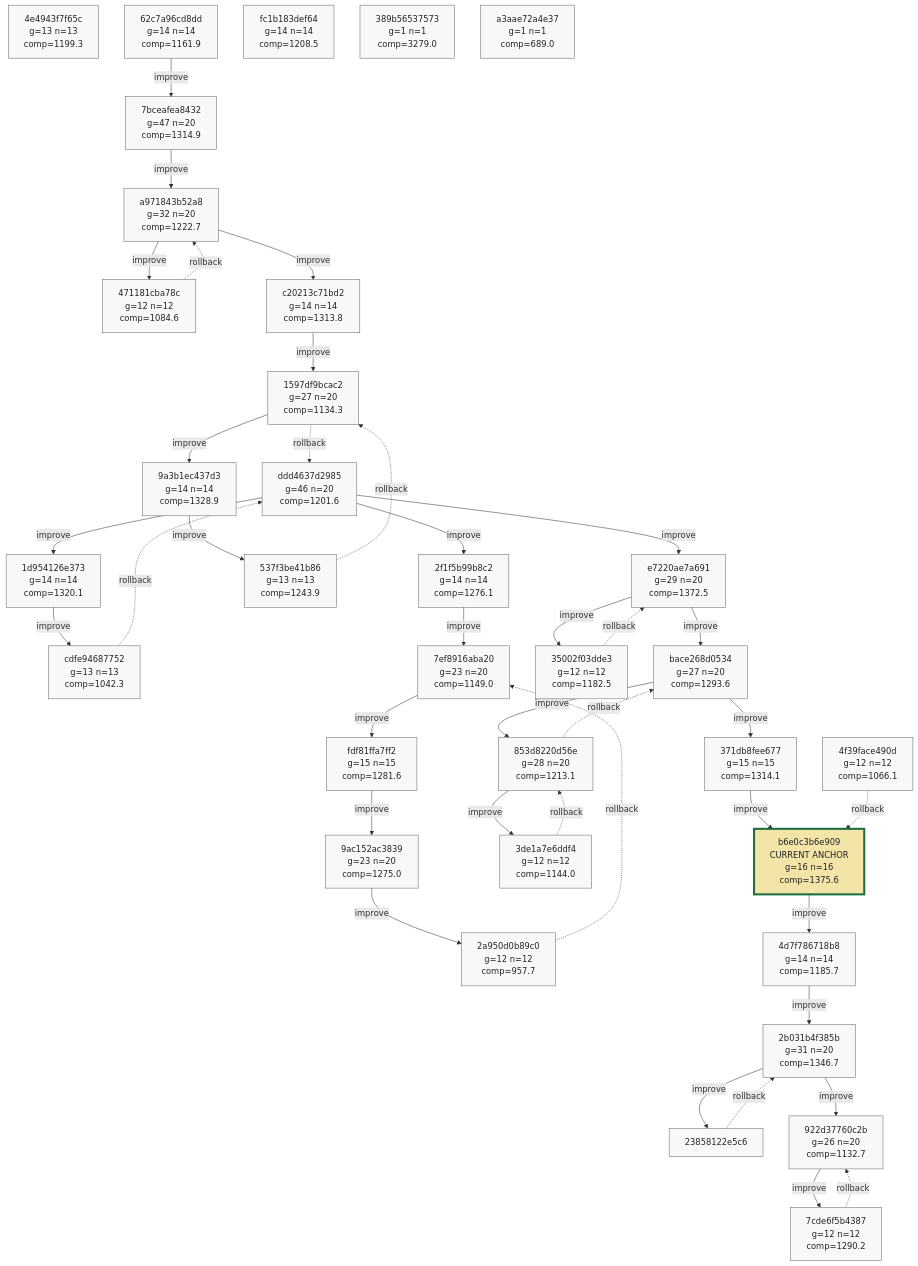
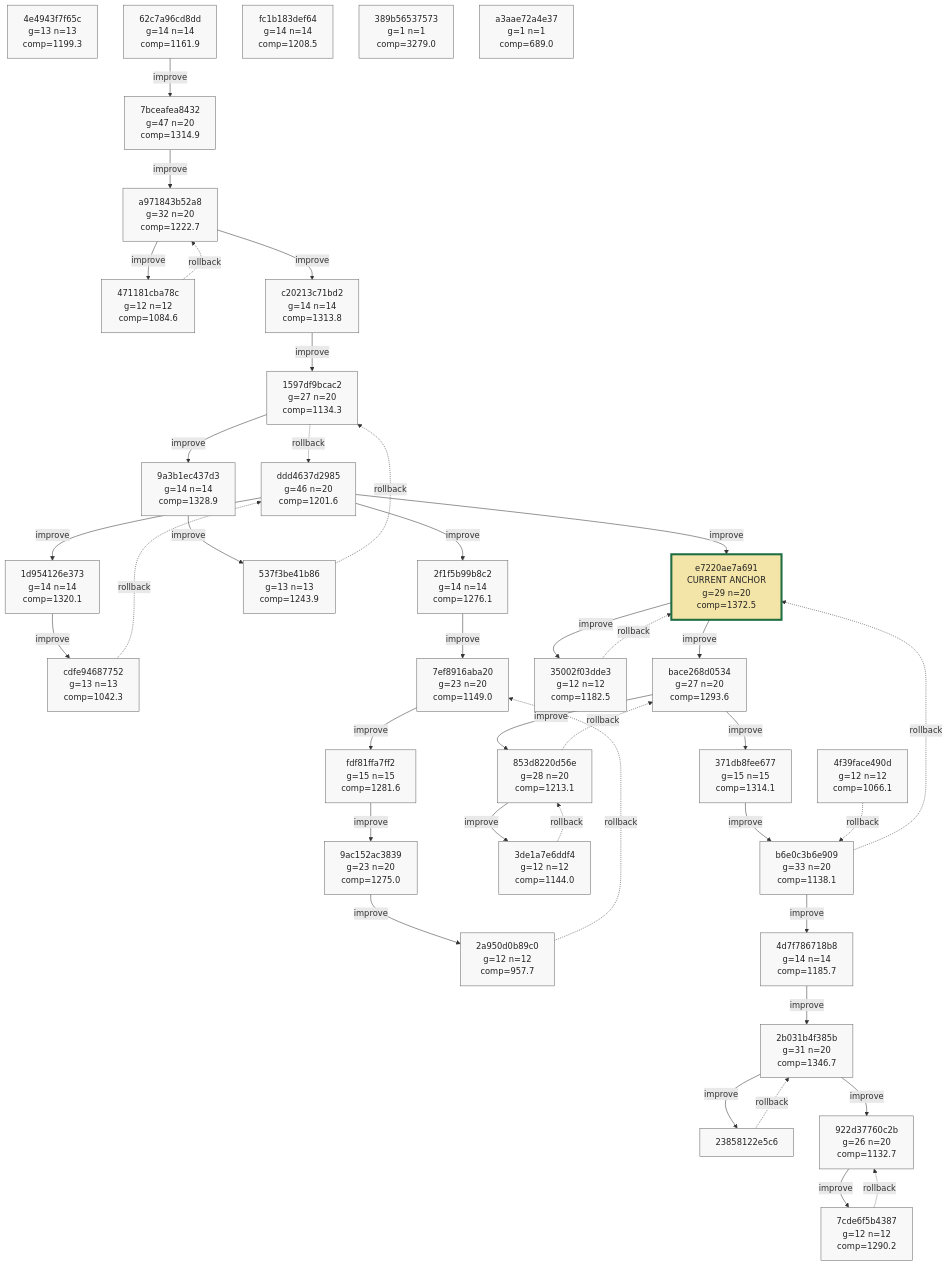
The ninth of 9 diagrams in phyrogenetic-tree.md (azumag/soviet_now), drawn with Mermaid before and after one commit. The commit also changed other lines of this file and 2 other files, not shown here.

```diff
--- a/phyrogenetic-tree.md
+++ b/phyrogenetic-tree.md
@@ -2263,13 +2264,13 @@
     h_1597df9bcac2["1597df9bcac2<br/>g=27 n=20<br/>comp=1134.3"]
     h_9a3b1ec437d3["9a3b1ec437d3<br/>g=14 n=14<br/>comp=1328.9"]
     h_537f3be41b86["537f3be41b86<br/>g=13 n=13<br/>comp=1243.9"]
-    h_e7220ae7a691["e7220ae7a691<br/>g=29 n=20<br/>comp=1372.5"]
+    h_e7220ae7a691["e7220ae7a691<br/>CURRENT ANCHOR<br/>g=29 n=20<br/>comp=1372.5"]
     h_35002f03dde3["35002f03dde3<br/>g=12 n=12<br/>comp=1182.5"]
     h_bace268d0534["bace268d0534<br/>g=27 n=20<br/>comp=1293.6"]
     h_853d8220d56e["853d8220d56e<br/>g=28 n=20<br/>comp=1213.1"]
     h_3de1a7e6ddf4["3de1a7e6ddf4<br/>g=12 n=12<br/>comp=1144.0"]
     h_371db8fee677["371db8fee677<br/>g=15 n=15<br/>comp=1314.1"]
-    h_b6e0c3b6e909["b6e0c3b6e909<br/>CURRENT ANCHOR<br/>g=16 n=16<br/>comp=1375.6"]
+    h_b6e0c3b6e909["b6e0c3b6e909<br/>g=33 n=20<br/>comp=1138.1"]
     h_4d7f786718b8["4d7f786718b8<br/>g=14 n=14<br/>comp=1185.7"]
     h_2b031b4f385b["2b031b4f385b<br/>g=31 n=20<br/>comp=1346.7"]
     h_23858122e5c6["23858122e5c6"]
@@ -2317,6 +2318,7 @@
     h_922d37760c2b -->|improve| h_7cde6f5b4387
     h_7cde6f5b4387 -. rollback .-> h_922d37760c2b
     h_4f39face490d -. rollback .-> h_b6e0c3b6e909
+    h_b6e0c3b6e909 -. rollback .-> h_e7220ae7a691
 
     classDef plain fill:#f8f8f8,stroke:#666,stroke-width:1px,color:#222;
     classDef current fill:#ffe8a3,stroke:#9a6700,stroke-width:3px,color:#222;
@@ -2340,13 +2342,13 @@
     class h_1597df9bcac2 plain;
     class h_9a3b1ec437d3 plain;
     class h_537f3be41b86 plain;
-    class h_e7220ae7a691 plain;
+    class h_e7220ae7a691 current_anchor;
     class h_35002f03dde3 plain;
     class h_bace268d0534 plain;
     class h_853d8220d56e plain;
     class h_3de1a7e6ddf4 plain;
     class h_371db8fee677 plain;
-    class h_b6e0c3b6e909 current_anchor;
+    class h_b6e0c3b6e909 plain;
     class h_4d7f786718b8 plain;
     class h_2b031b4f385b plain;
     class h_23858122e5c6 plain;
```
